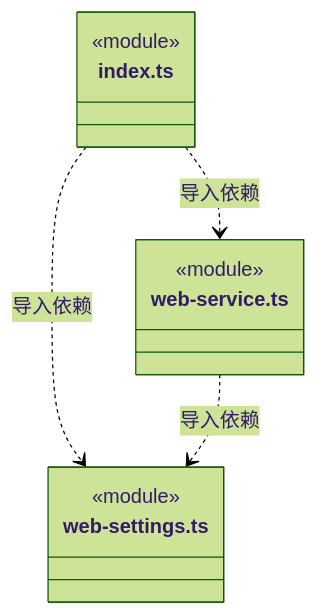
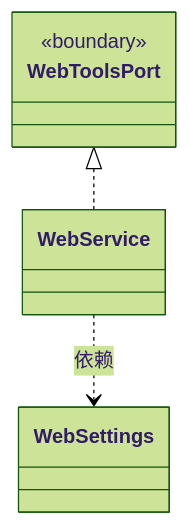
Before and after one commit to nan023062/cbim: the diagram in src/logic/web/service/ARCHITECTURE.md, drawn with Mermaid (forest theme). The commit also changed other lines of this file and 158 other files, not shown here.

Commit message:
docs: model architecture through nested virtual encapsulations

````diff
--- a/src/logic/web/service/ARCHITECTURE.md
+++ b/src/logic/web/service/ARCHITECTURE.md
@@ -131,15 +20,13 @@
 ```mermaid
 classDiagram
-class N_src_logic_web_service_index_ts["index.ts"] {
-  <<module>>
+class N_f748c664eda6["WebService"]
+click N_f748c664eda6 href "web-service.ts"
+class N_82334c497593["WebSettings"]
+click N_82334c497593 href "web-settings.ts"
+class N_5ba07635fff6["WebToolsPort"] {
+  <<boundary>>
 }
-class N_src_logic_web_service_web_service_ts["web-service.ts"] {
-  <<module>>
-}
-class N_src_logic_web_service_web_settings_ts["web-settings.ts"] {
-  <<module>>
-}
-N_src_logic_web_service_index_ts ..> N_src_logic_web_service_web_service_ts : 导入依赖
-N_src_logic_web_service_index_ts ..> N_src_logic_web_service_web_settings_ts : 导入依赖
-N_src_logic_web_service_web_service_ts ..> N_src_logic_web_service_web_settings_ts : 导入依赖
+click N_5ba07635fff6 href "../contracts.ts"
+N_f748c664eda6 ..> N_82334c497593 : 依赖
+N_5ba07635fff6 <|.. N_f748c664eda6
 ```
````
